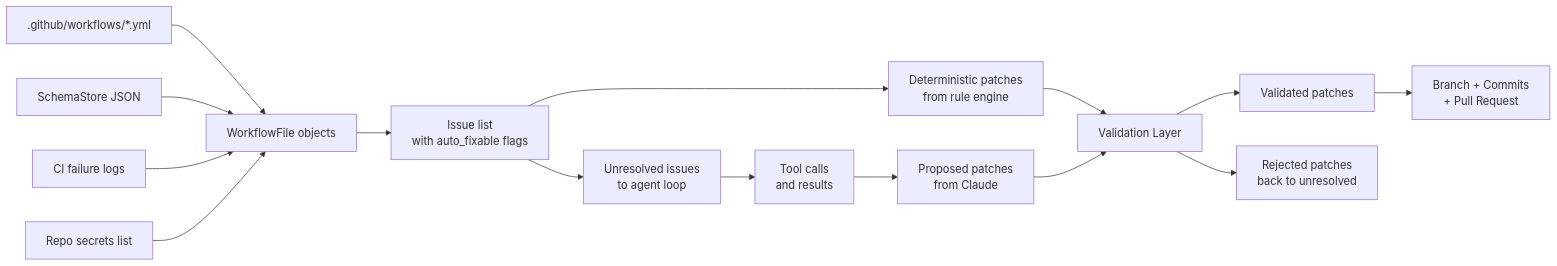
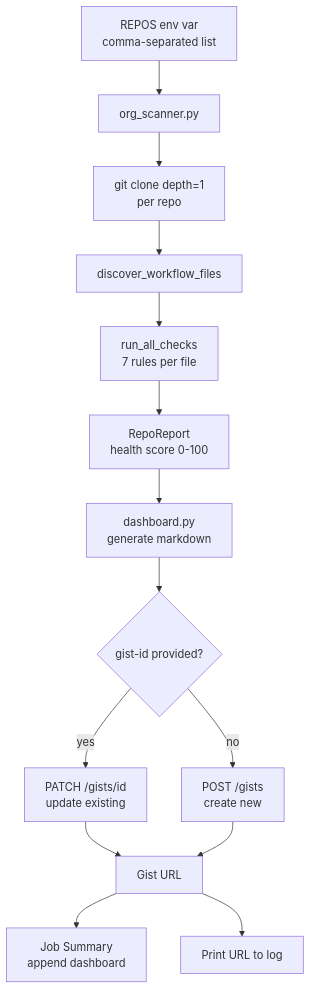
One commit to actions-marketplace-validations/arpita-rathwa_CIRecon changed the fourth of 5 diagrams in ARCHITECTURE.md. Above: the diagram before and after it, drawn with Mermaid. The commit also changed other lines of this file, not shown here.

````diff
--- a/ARCHITECTURE.md
+++ b/ARCHITECTURE.md
@@ -1132,16 +690,16 @@
 ```mermaid
-flowchart LR
-    A[.github/workflows/*.yml] --> B[WorkflowFile objects]
-    C[SchemaStore JSON] --> B
-    D[CI failure logs] --> B
-    E[Repo secrets list] --> B
-    B --> F[Issue list\nwith auto_fixable flags]
-    F --> G[Deterministic patches\nfrom rule engine]
-    F --> H[Unresolved issues\nto agent loop]
-    H --> I[Tool calls\nand results]
-    I --> J[Proposed patches\nfrom Claude]
-    G & J --> K[Validation Layer]
-    K --> L[Validated patches]
-    K --> M[Rejected patches\nback to unresolved]
-    L --> N[Branch + Commits\n+ Pull Request]
+flowchart TD
+    A[REPOS env var\ncomma-separated list] --> B[org_scanner.py]
+    B --> C[git clone depth=1\nper repo]
+    C --> D[discover_workflow_files]
+    D --> E[run_all_checks\n7 rules per file]
+    E --> F[RepoReport\nhealth score 0-100]
+    F --> G[dashboard.py\ngenerate markdown]
+    G --> H{gist-id provided?}
+    H -- yes --> I[PATCH /gists/id\nupdate existing]
+    H -- no --> J[POST /gists\ncreate new]
+    I --> K[Gist URL]
+    J --> K
+    K --> L[Job Summary\nappend dashboard]
+    K --> M[Print URL to log]
 ```
````
